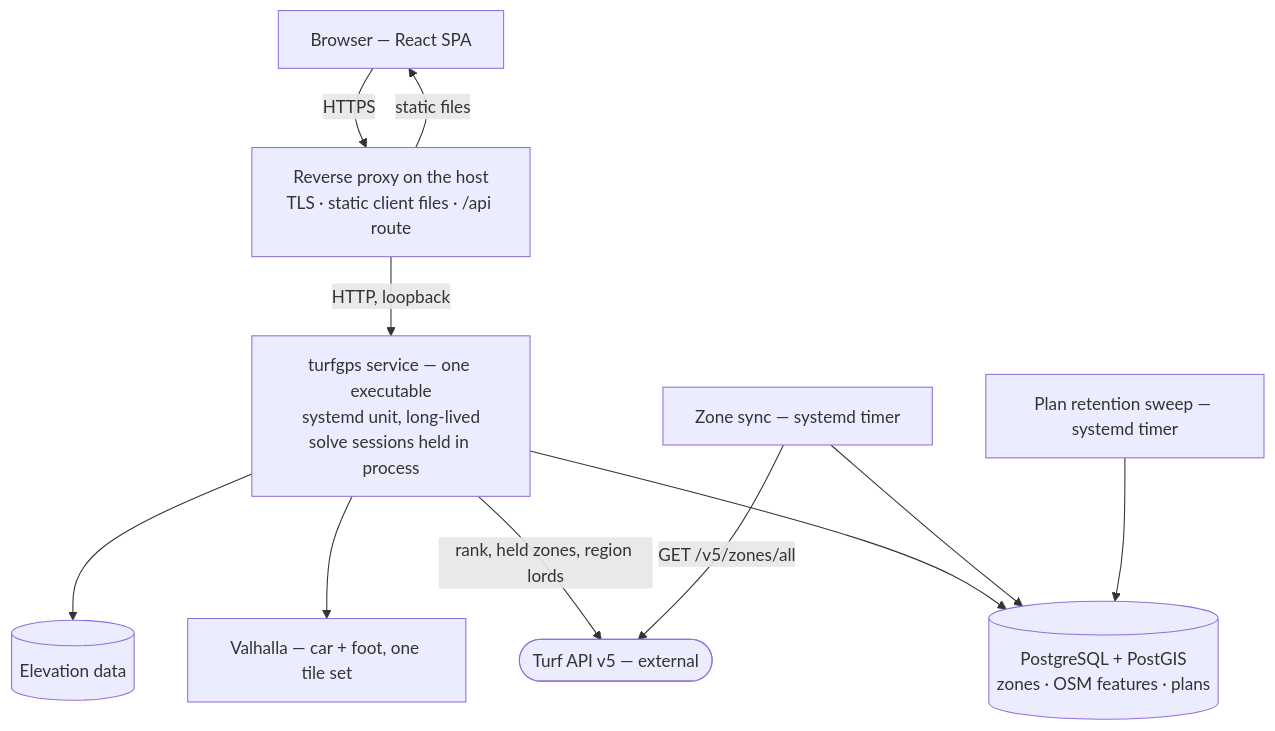
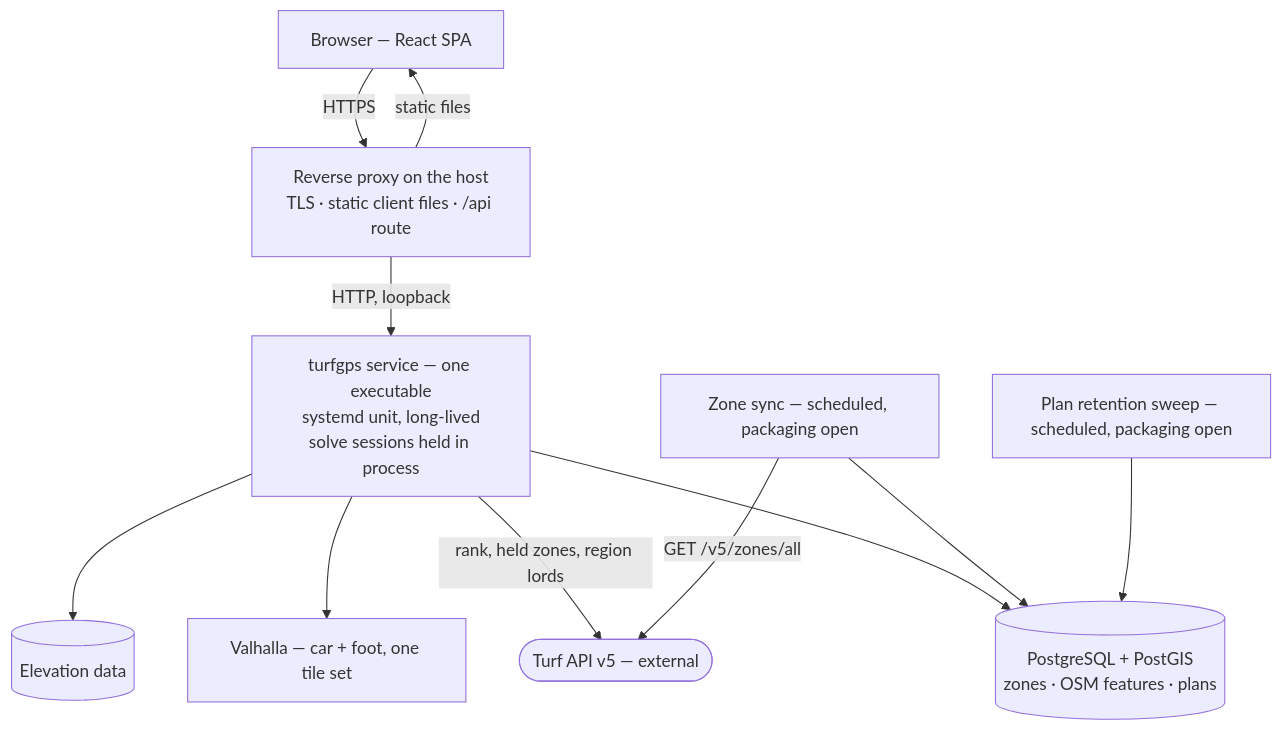
The diagram in docs/DEPLOYMENT.md (Caisesiume/TurfGPS), drawn with Mermaid before and after one commit. The commit also changed other lines of this file and 1 other file, not shown here.

````diff
--- a/docs/DEPLOYMENT.md
+++ b/docs/DEPLOYMENT.md
@@ -71,23 +86,23 @@
 ```mermaid
 flowchart TD
     U["Browser — React SPA"]
     RP["Reverse proxy on the host<br/>TLS · static client files · /api route"]
     SVC["turfgps service — one executable<br/>systemd unit, long-lived<br/>solve sessions held in process"]
-    SYNC["Zone sync — systemd timer"]
-    SWEEP["Plan retention sweep — systemd timer"]
+    SYNC["Zone sync — scheduled, packaging open"]
+    SWEEP["Plan retention sweep — scheduled, packaging open"]
     PG[("PostgreSQL + PostGIS<br/>zones · OSM features · plans")]
     VAL["Valhalla — car + foot, one tile set"]
     DEM[("Elevation data")]
     T(["Turf API v5 — external"])
 
     U -- "HTTPS" --> RP
     RP -- "static files" --> U
     RP -- "HTTP, loopback" --> SVC
     SVC --> PG
     SVC --> VAL
     SVC --> DEM
     SVC -- "rank, held zones, region lords" --> T
     SYNC -- "GET /v5/zones/all" --> T
     SYNC --> PG
     SWEEP --> PG
 ```
````
